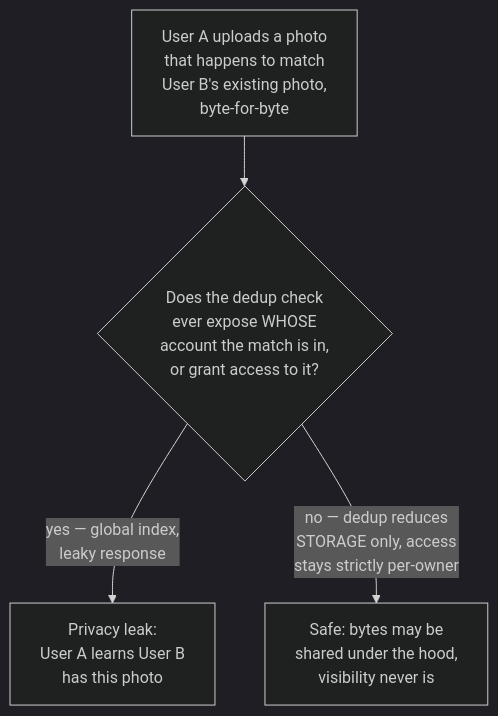
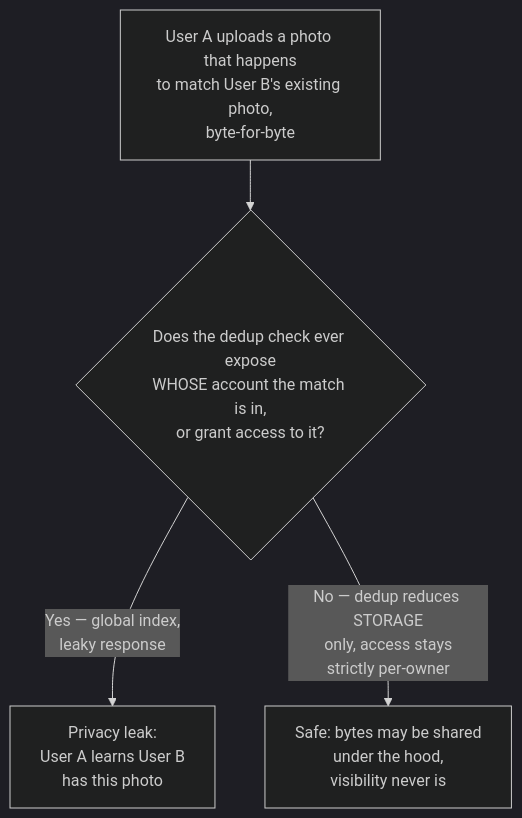
One commit to riyaz-pasha/Learnings changed the tenth of 12 diagrams in system-design/HLD/0-course/58-Design-Google-Photos-FAANG-Guide-story.md. Above: the diagram before and after it, drawn with Mermaid (dark theme). The commit also changed other lines of this file and 1 other file, not shown here.

Commit message:
[REWRITE] Google Photos story guide: simplify prose, add structure, fix diagrams

````diff
--- a/system-design/HLD/0-course/58-Design-Google-Photos-FAANG-Guide-story.md
+++ b/system-design/HLD/0-course/58-Design-Google-Photos-FAANG-Guide-story.md
@@ -457,6 +648,6 @@
 ```mermaid
 flowchart TD
-    A["User A uploads a photo\nthat happens to match\nUser B's existing photo,\nbyte-for-byte"] --> B{"Does the dedup check\never expose WHOSE\naccount the match is in,\nor grant access to it?"}
-    B -->|"yes — global index,\nleaky response"| Bad["Privacy leak:\nUser A learns User B\nhas this photo"]
-    B -->|"no — dedup reduces\nSTORAGE only, access\nstays strictly per-owner"| Good["Safe: bytes may be\nshared under the hood,\nvisibility never is"]
+    A["User A uploads a photo that happens<br/>to match User B's existing photo,<br/>byte-for-byte"] --> B{"Does the dedup check ever expose<br/>WHOSE account the match is in,<br/>or grant access to it?"}
+    B -->|"Yes — global index,<br/>leaky response"| Bad["Privacy leak:<br/>User A learns User B<br/>has this photo"]
+    B -->|"No — dedup reduces STORAGE<br/>only, access stays<br/>strictly per-owner"| Good["Safe: bytes may be shared<br/>under the hood,<br/>visibility never is"]
 ```
````
